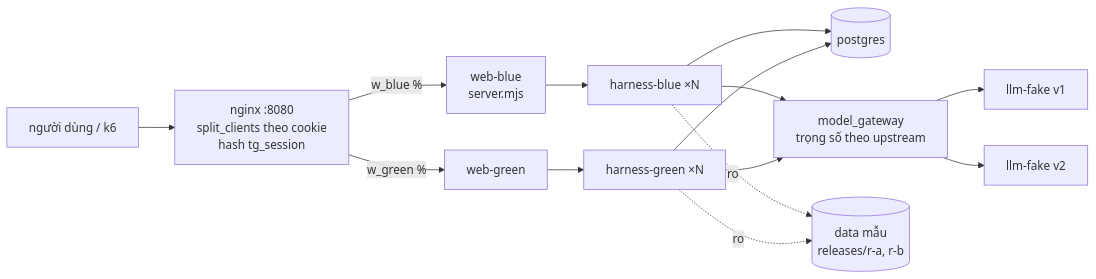
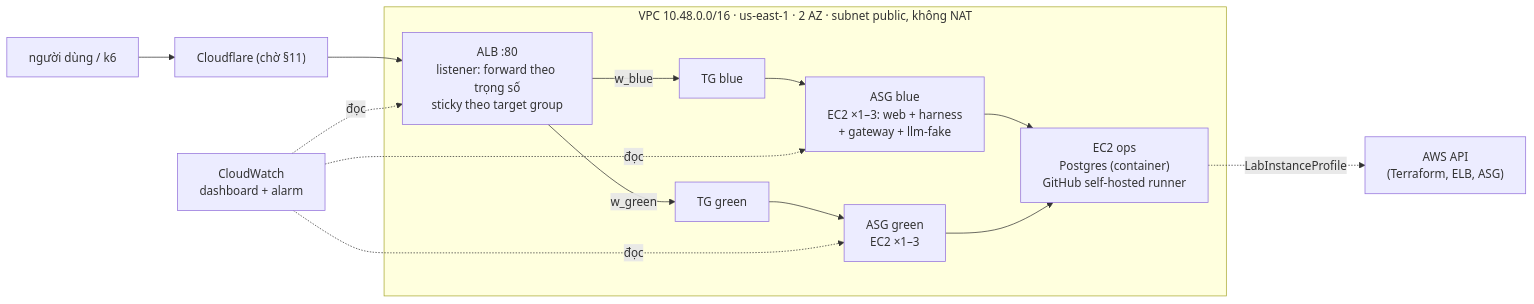
Before and after one commit to LuanLuKim/tripguardian-nt548: the first of 2 diagrams in docs/plans/2026-11-20-nt548-devops-design.md, drawn with Mermaid. The commit also changed other lines of this file, not shown here.

Commit message:
docs(plans): NT548 design v3: AWS Learner Lab, self-hosted runner deploy, area x member split

````diff
--- a/docs/plans/2026-11-20-nt548-devops-design.md
+++ b/docs/plans/2026-11-20-nt548-devops-design.md
@@ -49,10 +53,12 @@
 ```mermaid
 flowchart LR
-  U[người dùng / k6] --> N["nginx :8080<br/>split_clients theo cookie<br/>hash tg_session"]
-  N -->|w_blue %| WB["web-blue<br/>server.mjs"] --> HB["harness-blue ×N"]
-  N -->|w_green %| WG["web-green"] --> HG["harness-green ×N"]
-  HB & HG --> PG[("postgres")]
-  HB & HG --> GW["model_gateway<br/>trọng số theo upstream"]
-  GW --> L1["llm-fake v1"] & L2["llm-fake v2"]
-  HB & HG -. ro .-> D[("data mẫu<br/>releases/r-a, r-b")]
+  U["người dùng / k6"] --> CF["Cloudflare (chờ §11)"] --> ALB
+  subgraph VPC["VPC 10.48.0.0/16 · us-east-1 · 2 AZ · subnet public, không NAT"]
+    ALB["ALB :80<br/>listener: forward theo trọng số<br/>sticky theo target group"]
+    ALB -->|w_blue| TGB["TG blue"] --> ASGB["ASG blue<br/>EC2 ×1–3: web + harness<br/>+ gateway + llm-fake"]
+    ALB -->|w_green| TGG["TG green"] --> ASGG["ASG green<br/>EC2 ×1–3"]
+    ASGB & ASGG --> OPS["EC2 ops<br/>Postgres (container)<br/>GitHub self-hosted runner"]
+  end
+  OPS -. LabInstanceProfile .-> AWSAPI["AWS API<br/>(Terraform, ELB, ASG)"]
+  CW["CloudWatch<br/>dashboard + alarm"] -. đọc .-> ALB & ASGB & ASGG
 ```
````
